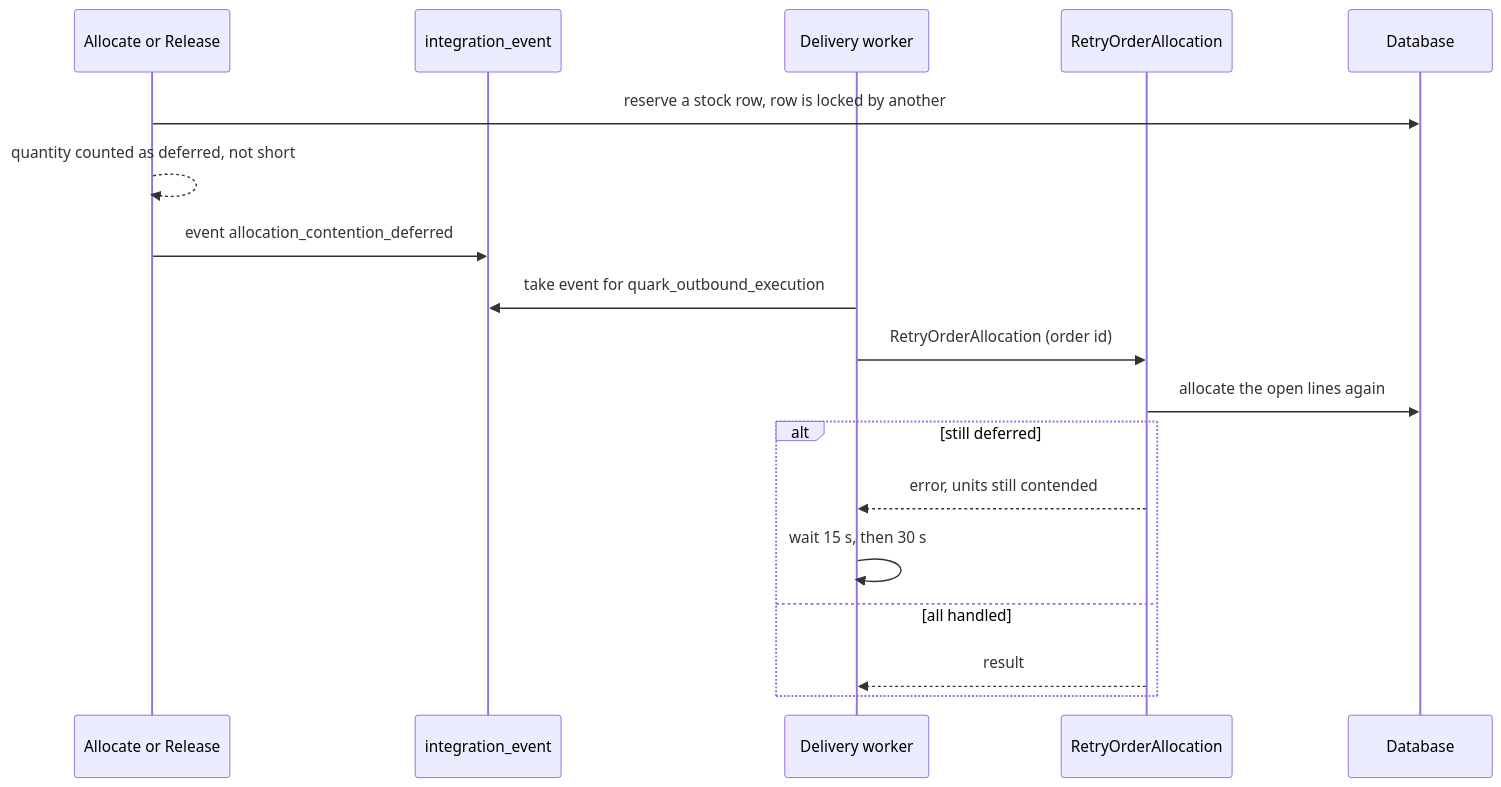
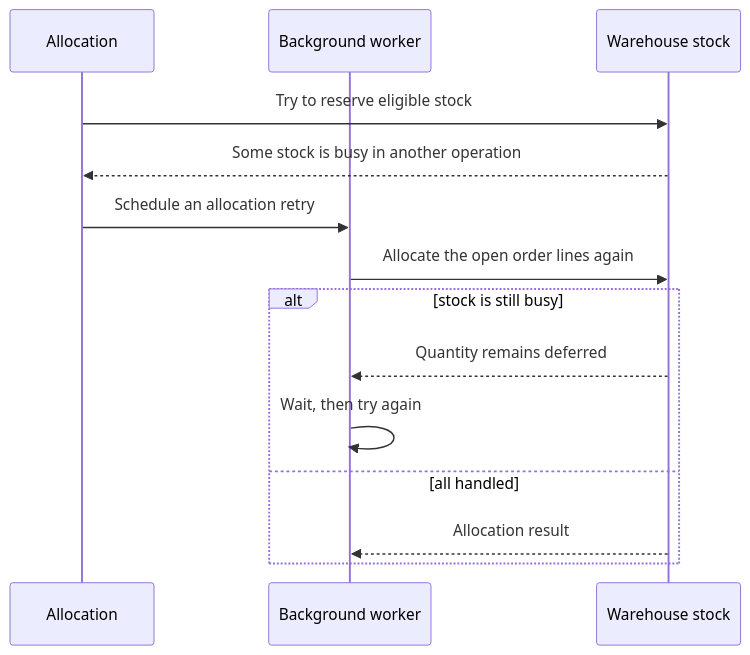
Before and after one commit to msmurygin/quark-docs: the first of 2 diagrams in docs-obsidian/user-guide/diagrams/allocation/14-journey-top-up.md, drawn with Mermaid. The commit also changed other lines of this file and 2 other files, not shown here.

Commit message:
docs: explain SKU-scoped pick short recovery

````diff
--- a/docs-obsidian/user-guide/diagrams/allocation/14-journey-top-up.md
+++ b/docs-obsidian/user-guide/diagrams/allocation/14-journey-top-up.md
@@ -17,21 +21,17 @@
 ```mermaid
 sequenceDiagram
-    participant A as Allocate or Release
-    participant EV as integration_event
-    participant D as Delivery worker
-    participant R as RetryOrderAllocation
-    participant DB as Database
+    participant A as Allocation
+    participant W as Background worker
+    participant ST as Warehouse stock
 
-    A->>DB: reserve a stock row, row is locked by another
-    A-->>A: quantity counted as deferred, not short
-    A->>EV: event allocation_contention_deferred
-    D->>EV: take event for quark_outbound_execution
-    D->>R: RetryOrderAllocation (order id)
-    R->>DB: allocate the open lines again
-    alt still deferred
-        R-->>D: error, units still contended
-        D->>D: wait 15 s, then 30 s
+    A->>ST: Try to reserve eligible stock
+    ST-->>A: Some stock is busy in another operation
+    A->>W: Schedule an allocation retry
+    W->>ST: Allocate the open order lines again
+    alt stock is still busy
+        ST-->>W: Quantity remains deferred
+        W->>W: Wait, then try again
     else all handled
-        R-->>D: result
+        ST-->>W: Allocation result
     end
 ```
````
